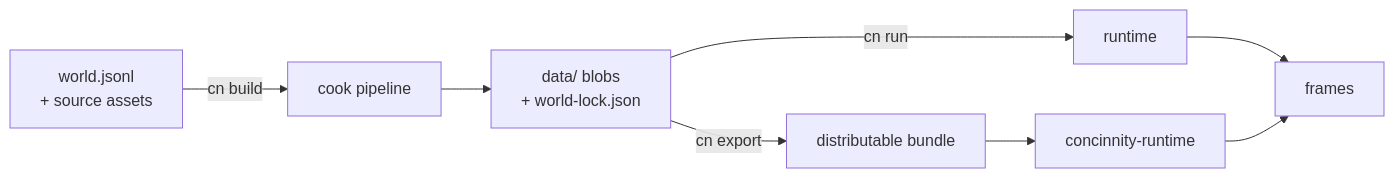
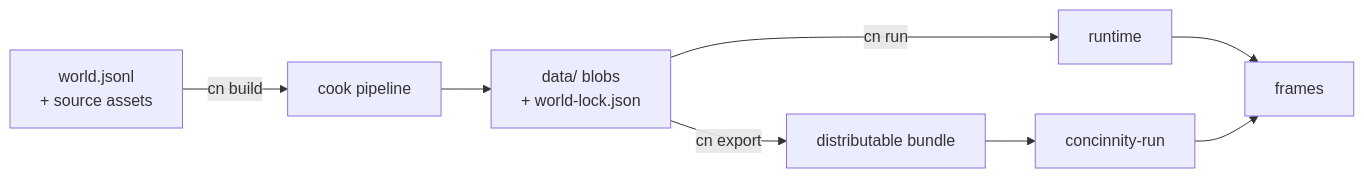
One commit to concinnitygg/concinnity changed the first of 5 diagrams in docs/development/spec.md. Above: the diagram before and after it, drawn with Mermaid. The commit also changed other lines of this file and 76 other files, not shown here.

````diff
--- a/docs/development/spec.md
+++ b/docs/development/spec.md
@@ -144,10 +150,10 @@
 ```mermaid
 flowchart LR
     A["world.jsonl<br/>+ source assets"] -->|cn build| B["cook pipeline"]
     B --> C["data/ blobs<br/>+ world-lock.json"]
     C -->|cn run| D["runtime"]
     C -->|cn export| E["distributable bundle"]
-    E --> F["concinnity-runtime"]
+    E --> F["concinnity-run"]
     D --> G["frames"]
     F --> G
 ```
````
